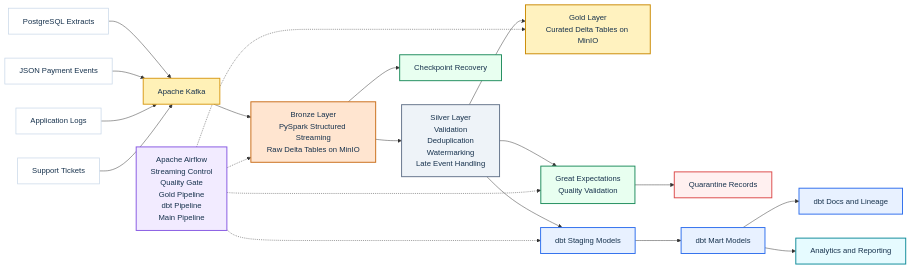
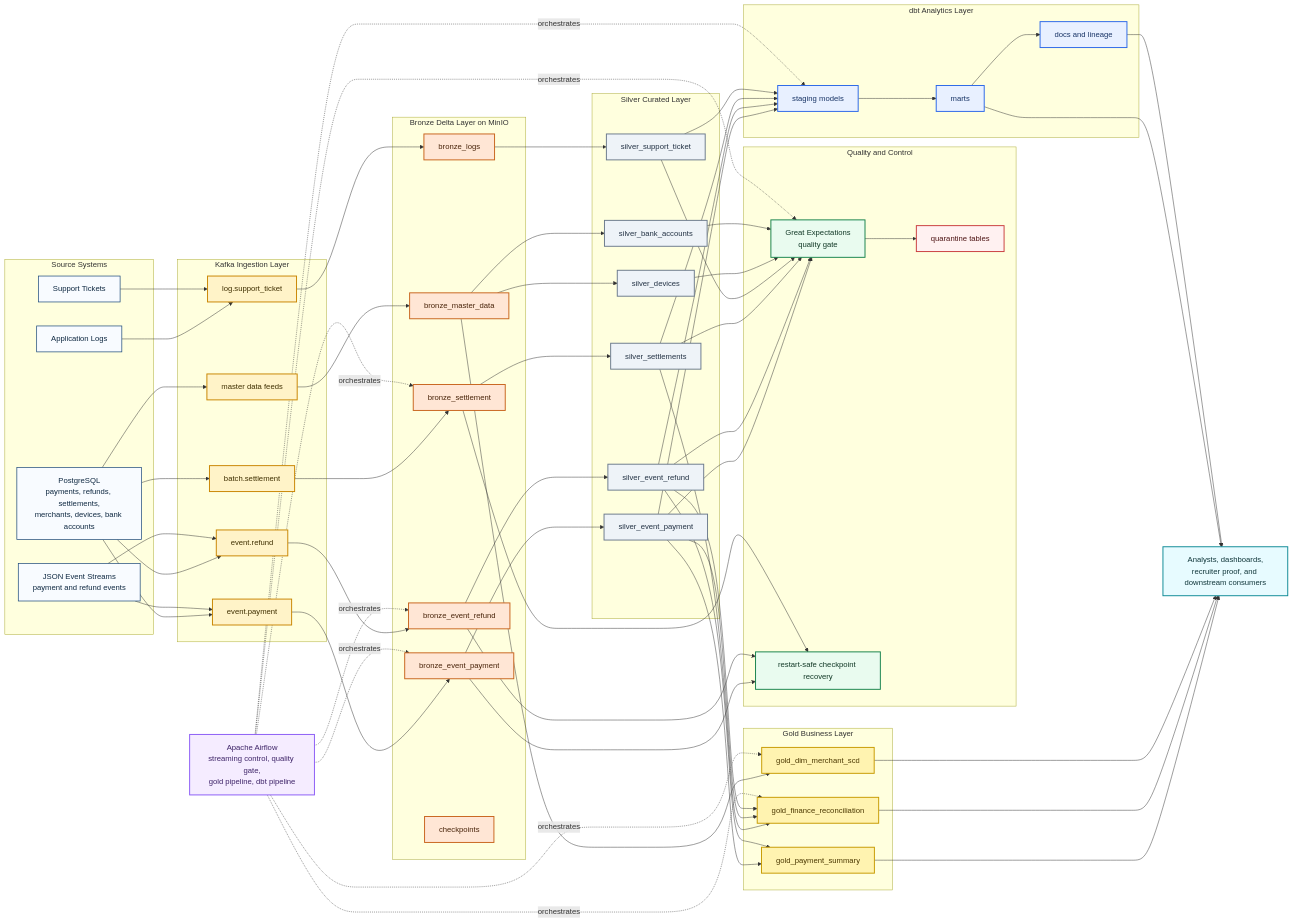
One commit to nikita2001mandpalkar-bit/sentinelpay-streaming-lakehouse changed the diagram in diagrams/sentinelpay-architecture.mmd. Above: the diagram before and after it, drawn with Mermaid.

Commit message:
Update architecture diagram source

```diff
--- a/diagrams/sentinelpay-architecture.mmd
+++ b/diagrams/sentinelpay-architecture.mmd
@@ -1,68 +1,138 @@
 flowchart LR
-    A1[PostgreSQL Extracts]
-    A2[JSON Payment Events]
-    A3[Application Logs]
-    A4[Support Tickets]
+    subgraph S["Source Systems"]
+        PG[PostgreSQL<br/>payments, refunds, settlements,<br/>merchants, devices, bank accounts]
+        EV[JSON Event Streams<br/>payment and refund events]
+        LG[Application Logs]
+        ST[Support Tickets]
+    end
 
-    B[Apache Kafka]
+    subgraph K["Kafka Ingestion Layer"]
+        KP[event.payment]
+        KR[event.refund]
+        KS[batch.settlement]
+        KL[log.support_ticket]
+        KM[master data feeds]
+    end
 
-    C1[Bronze Layer<br/>PySpark Structured Streaming<br/>Raw Delta Tables on MinIO]
-    C2[Silver Layer<br/>Validation<br/>Deduplication<br/>Watermarking<br/>Late Event Handling]
-    C3[Gold Layer<br/>Curated Delta Tables on MinIO]
+    subgraph B["Bronze Delta Layer on MinIO"]
+        BP[bronze_event_payment]
+        BR[bronze_event_refund]
+        BS[bronze_settlement]
+        BL[bronze_logs]
+        BM[bronze_master_data]
+        BC[checkpoints]
+    end
 
-    D1[Great Expectations<br/>Quality Validation]
-    D2[Quarantine Records]
-    D3[Checkpoint Recovery]
+    subgraph V["Silver Curated Layer"]
+        SP[silver_event_payment]
+        SR[silver_event_refund]
+        SS[silver_settlements]
+        STK[silver_support_ticket]
+        SD[silver_devices]
+        SBA[silver_bank_accounts]
+    end
 
-    E1[dbt Staging Models]
-    E2[dbt Mart Models]
-    E3[dbt Docs and Lineage]
+    subgraph Q["Quality and Control"]
+        GX[Great Expectations<br/>quality gate]
+        QQ[quarantine tables]
+        FT[restart-safe checkpoint recovery]
+    end
 
-    F[Analytics and Reporting]
+    subgraph G["Gold Business Layer"]
+        GPS[gold_payment_summary]
+        GRC[gold_finance_reconciliation]
+        GSCD[gold_dim_merchant_scd]
+    end
 
-    G[Apache Airflow<br/>Streaming Control<br/>Quality Gate<br/>Gold Pipeline<br/>dbt Pipeline<br/>Main Pipeline]
+    subgraph D["dbt Analytics Layer"]
+        DSG[staging models]
+        DMT[marts]
+        DDOC[docs and lineage]
+    end
 
-    A1 --> B
-    A2 --> B
-    A3 --> B
-    A4 --> B
+    AIR[Apache Airflow<br/>streaming control, quality gate,<br/>gold pipeline, dbt pipeline]
+    OUT[Analysts, dashboards,<br/>recruiter proof, and downstream consumers]
 
-    B --> C1
-    C1 --> C2
-    C2 --> C3
+    PG --> KP
+    PG --> KR
+    PG --> KS
+    PG --> KM
+    EV --> KP
+    EV --> KR
+    LG --> KL
+    ST --> KL
 
-    C2 --> D1
-    D1 --> D2
-    C1 --> D3
+    KP --> BP
+    KR --> BR
+    KS --> BS
+    KL --> BL
+    KM --> BM
 
-    C2 --> E1
-    E1 --> E2
-    E2 --> E3
-    E2 --> F
+    BP --> SP
+    BR --> SR
+    BS --> SS
+    BL --> STK
+    BM --> SD
+    BM --> SBA
 
-    G -.-> C1
-    G -.-> D1
-    G -.-> C3
-    G -.-> E1
+    BP --> FT
+    BR --> FT
+    BS --> FT
 
-    classDef source fill:#ffffff,stroke:#c8d7e8,stroke-width:1.5px,color:#17324d;
-    classDef ingest fill:#fff1b7,stroke:#d89a17,stroke-width:2px,color:#17324d;
-    classDef bronze fill:#ffe5d0,stroke:#c96e1a,stroke-width:2px,color:#17324d;
-    classDef silver fill:#eef3f8,stroke:#64748b,stroke-width:2px,color:#17324d;
-    classDef gold fill:#fff2bf,stroke:#ca8a04,stroke-width:2px,color:#17324d;
-    classDef quality fill:#e8fff0,stroke:#1f8c5d,stroke-width:2px,color:#17324d;
-    classDef risk fill:#fff0f0,stroke:#dc4a4a,stroke-width:2px,color:#17324d;
-    classDef dbt fill:#e8f1ff,stroke:#2f6fed,stroke-width:2px,color:#17324d;
-    classDef orchestration fill:#f2ebff,stroke:#8759e2,stroke-width:2px,color:#17324d;
-    classDef output fill:#e6fbff,stroke:#0f8b99,stroke-width:2px,color:#17324d;
+    SP --> GX
+    SR --> GX
+    SS --> GX
+    STK --> GX
+    SD --> GX
+    SBA --> GX
+    GX --> QQ
 
-    class A1,A2,A3,A4 source;
-    class B ingest;
-    class C1 bronze;
-    class C2 silver;
-    class C3 gold;
-    class D1,D3 quality;
-    class D2 risk;
-    class E1,E2,E3 dbt;
-    class G orchestration;
-    class F output;
+    SP --> GPS
+    SR --> GPS
+    SS --> GRC
+    SP --> GRC
+    SR --> GRC
+    BM --> GSCD
+
+    SP --> DSG
+    SR --> DSG
+    SS --> DSG
+    STK --> DSG
+    DSG --> DMT
+    DMT --> DDOC
+
+    GPS --> OUT
+    GRC --> OUT
+    GSCD --> OUT
+    DMT --> OUT
+    DDOC --> OUT
+
+    AIR -. orchestrates .-> BP
+    AIR -. orchestrates .-> BR
+    AIR -. orchestrates .-> BS
+    AIR -. orchestrates .-> GX
+    AIR -. orchestrates .-> GRC
+    AIR -. orchestrates .-> GSCD
+    AIR -. orchestrates .-> DSG
+
+    classDef source fill:#f8fbff,stroke:#1f4b7a,stroke-width:1.5px,color:#0f2942;
+    classDef kafka fill:#fff3c8,stroke:#c98500,stroke-width:2px,color:#3f2f00;
+    classDef bronze fill:#ffe6d5,stroke:#c8641d,stroke-width:2px,color:#49240a;
+    classDef silver fill:#eef3f8,stroke:#6b7a8c,stroke-width:2px,color:#233244;
+    classDef quality fill:#e9fbef,stroke:#16824b,stroke-width:2px,color:#123927;
+    classDef quarantine fill:#fff1f1,stroke:#c93d3d,stroke-width:2px,color:#4e1515;
+    classDef gold fill:#fff3b0,stroke:#c79a00,stroke-width:2px,color:#4b3800;
+    classDef dbt fill:#e8f0ff,stroke:#2a67e8,stroke-width:2px,color:#183466;
+    classDef orchestration fill:#f5ecff,stroke:#8b5cf6,stroke-width:2px,color:#3e2468;
+    classDef output fill:#e7fbff,stroke:#0e8a96,stroke-width:2px,color:#11373b;
+
+    class PG,EV,LG,ST source;
+    class KP,KR,KS,KL,KM kafka;
+    class BP,BR,BS,BL,BM,BC bronze;
+    class SP,SR,SS,STK,SD,SBA silver;
+    class GX,FT quality;
+    class QQ quarantine;
+    class GPS,GRC,GSCD gold;
+    class DSG,DMT,DDOC dbt;
+    class AIR orchestration;
+    class OUT output;
```
